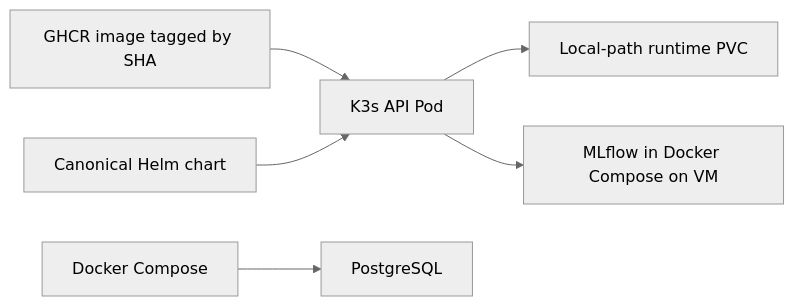
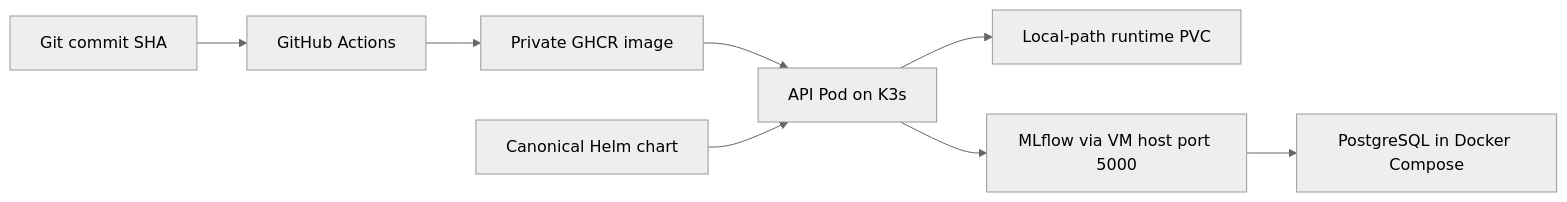
The diagram in docs/phases/phase-06-kubernetes-observability.md (farah-ben-harb/footballmatch-ai-platform-mlops), drawn with Mermaid (neutral theme) before and after one commit. The commit also changed other lines of this file and 3 other files, not shown here.

````diff
--- a/docs/phases/phase-06-kubernetes-observability.md
+++ b/docs/phases/phase-06-kubernetes-observability.md
@@ -19,8 +18,10 @@
 ```mermaid
 flowchart LR
-  GHCR[GHCR image tagged by SHA] --> K3s[K3s API Pod]
-  Chart[Canonical Helm chart] --> K3s
-  K3s --> PVC[Local-path runtime PVC]
-  K3s --> MLflow[MLflow in Docker Compose on VM]
-  Compose[Docker Compose] --> PostgreSQL[PostgreSQL]
+  Git[Git commit SHA] --> CI[GitHub Actions]
+  CI --> GHCR[Private GHCR image]
+  GHCR --> API[API Pod on K3s]
+  Helm[Canonical Helm chart] --> API
+  API --> PVC[Local-path runtime PVC]
+  API --> MLflow[MLflow via VM host port 5000]
+  MLflow --> PG[PostgreSQL in Docker Compose]
 ```
````
